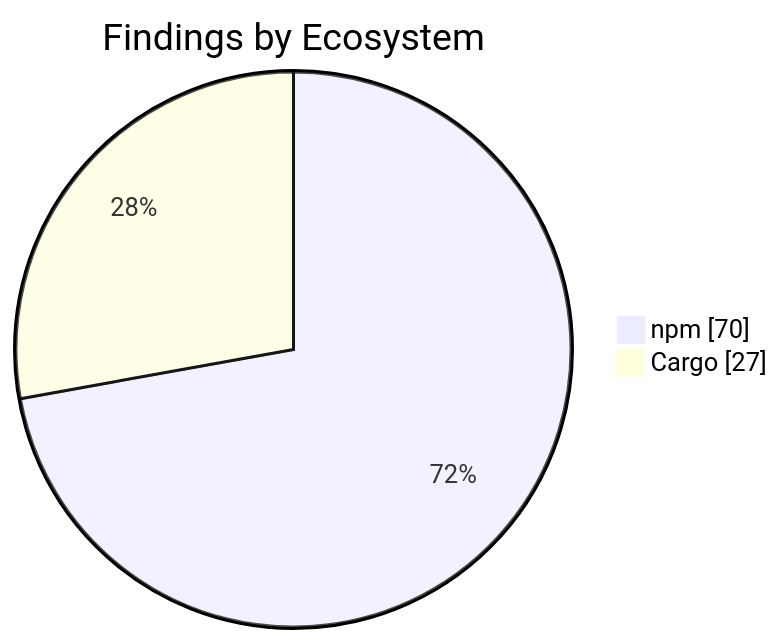
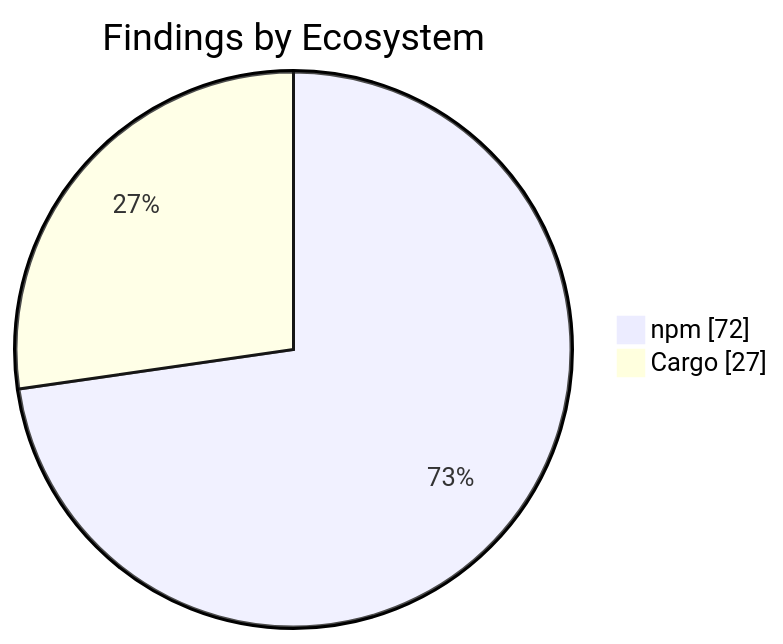
The second of 2 diagrams in apps/kbve/astro-kbve/src/content/docs/dashboard/security.mdx (KBVE/kbve), drawn with Mermaid before and after one commit. The commit also changed other lines of this file and 8 other files, not shown here.

````diff
--- a/apps/kbve/astro-kbve/src/content/docs/dashboard/security.mdx
+++ b/apps/kbve/astro-kbve/src/content/docs/dashboard/security.mdx
@@ -73,6 +73,6 @@
 ```mermaid
 pie showData
     title Findings by Ecosystem
-    "npm" : 70
+    "npm" : 72
     "Cargo" : 27
 ```
````
